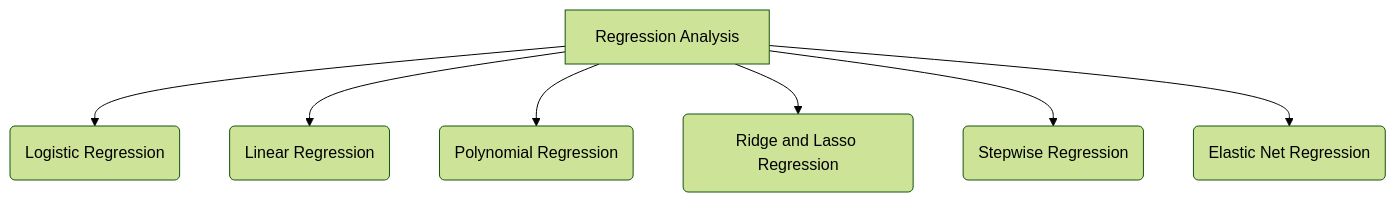
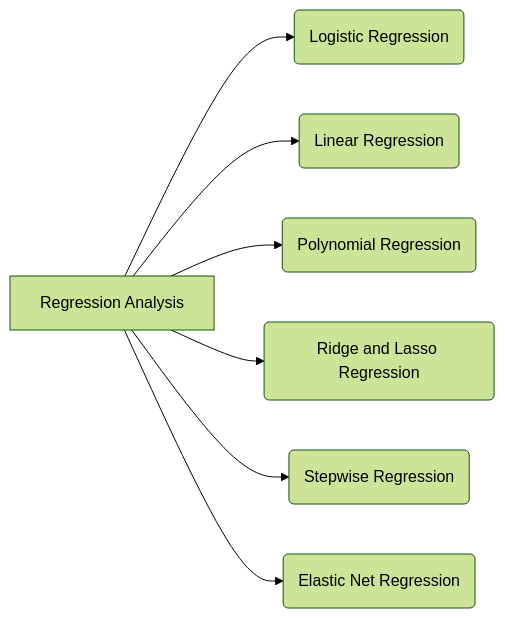
Before and after one commit to skrisshnaswamy/mnemosyne: the diagram in math -> machine/Regression Analysis.md, drawn with Mermaid (forest theme). The commit also changed other lines of this file and 11 other files, not shown here.

Commit message:
update: add diagrams

````diff
--- a/math -> machine/Regression Analysis.md
+++ b/math -> machine/Regression Analysis.md
@@ -64,9 +66,9 @@
 ```mermaid
-graph TD;
+graph LR;
     A[Regression Analysis] --> B(Logistic Regression)
     A --> C(Linear Regression)
     A --> D(Polynomial Regression)
     A --> E(Ridge and Lasso Regression)
     A --> F(Stepwise Regression)
     A --> G(Elastic Net Regression)
 ```
````
